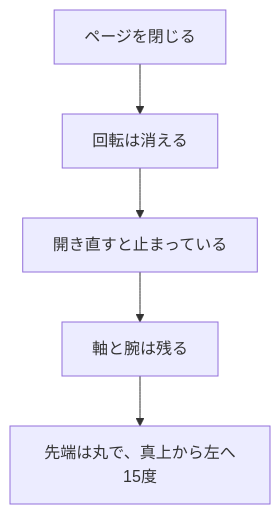
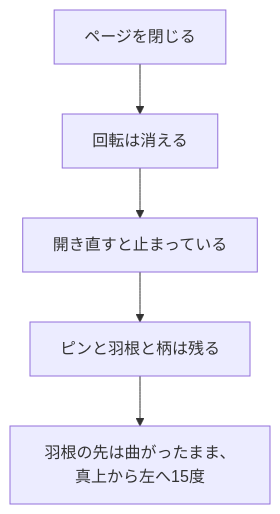
One commit to pfgnsb/hand-spinner changed the third of 3 diagrams in spinner/ドキュメント/ER図.md. Above: the diagram before and after it, drawn with Mermaid. The commit also changed other lines of this file and 13 other files, not shown here.

````diff
--- a/spinner/ドキュメント/ER図.md
+++ b/spinner/ドキュメント/ER図.md
@@ -113,7 +122,7 @@
 ```mermaid
 flowchart TD
   a[ページを閉じる] --> b[回転は消える]
   b --> c[開き直すと止まっている]
-  c --> d[軸と腕は残る]
-  d --> e[先端は丸で、真上から左へ15度]
+  c --> d[ピンと羽根と柄は残る]
+  d --> e[羽根の先は曲がったまま、真上から左へ15度]
 ```
````
